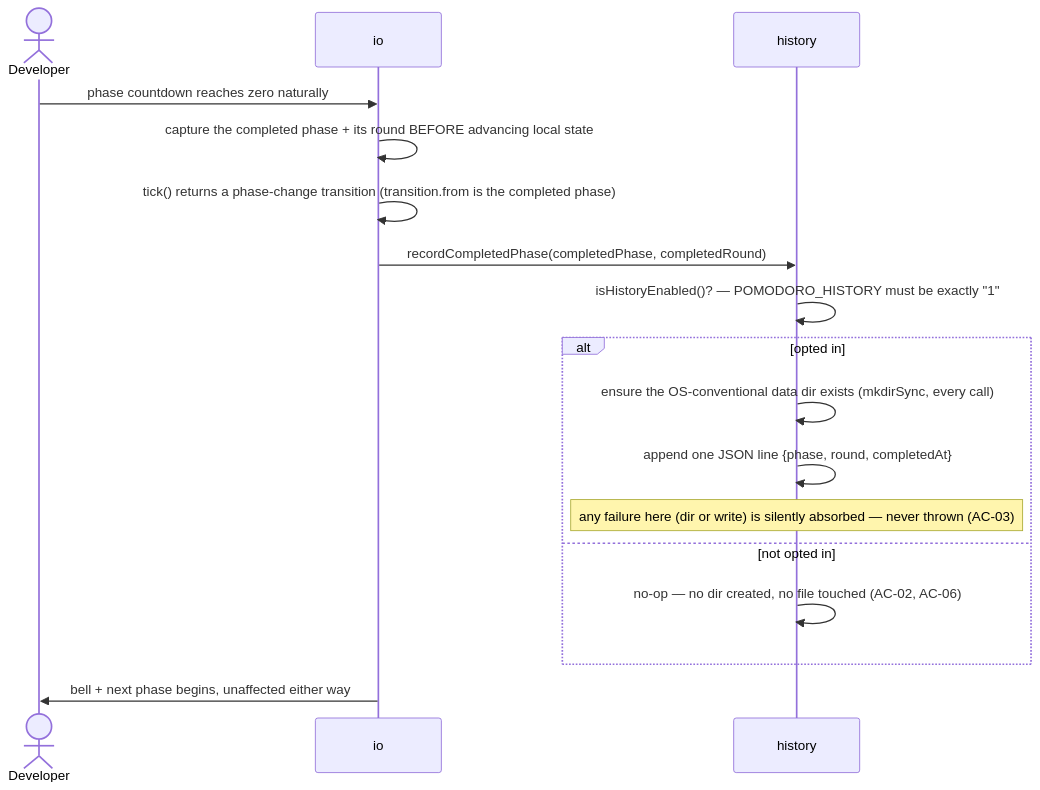
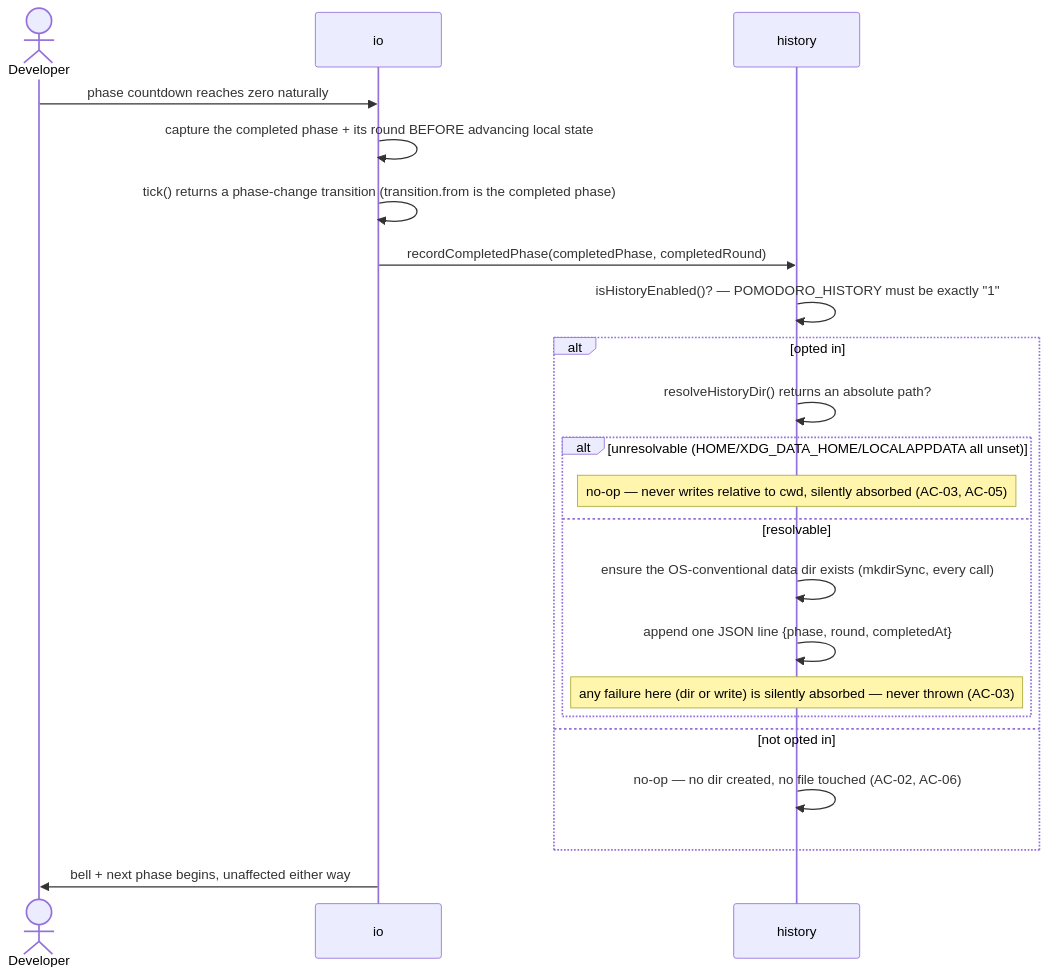
Before and after one commit to yanvit/cli-pomodoro-tool: the third of 5 diagrams in docs/features/session-history/sad.md, drawn with Mermaid. The commit also changed other lines of this file and 4 other files, not shown here.

First line of the commit message:
docs(session-history): close round-3 review doc findings

````diff
--- a/docs/features/session-history/sad.md
+++ b/docs/features/session-history/sad.md
@@ -143,19 +143,24 @@
 ```mermaid
 sequenceDiagram
     actor Developer
     participant io
     participant history
     Developer->>io: phase countdown reaches zero naturally
     io->>io: capture the completed phase + its round BEFORE advancing local state
     io->>io: tick() returns a phase-change transition (transition.from is the completed phase)
     io->>history: recordCompletedPhase(completedPhase, completedRound)
     history->>history: isHistoryEnabled()? — POMODORO_HISTORY must be exactly "1"
     alt opted in
-        history->>history: ensure the OS-conventional data dir exists (mkdirSync, every call)
-        history->>history: append one JSON line {phase, round, completedAt}
-        Note over history: any failure here (dir or write) is silently absorbed — never thrown (AC-03)
+        history->>history: resolveHistoryDir() returns an absolute path?
+        alt unresolvable (HOME/XDG_DATA_HOME/LOCALAPPDATA all unset)
+            Note over history: no-op — never writes relative to cwd, silently absorbed (AC-03, AC-05)
+        else resolvable
+            history->>history: ensure the OS-conventional data dir exists (mkdirSync, every call)
+            history->>history: append one JSON line {phase, round, completedAt}
+            Note over history: any failure here (dir or write) is silently absorbed — never thrown (AC-03)
+        end
     else not opted in
         history->>history: no-op — no dir created, no file touched (AC-02, AC-06)
     end
     io->>Developer: bell + next phase begins, unaffected either way
 ```
````
